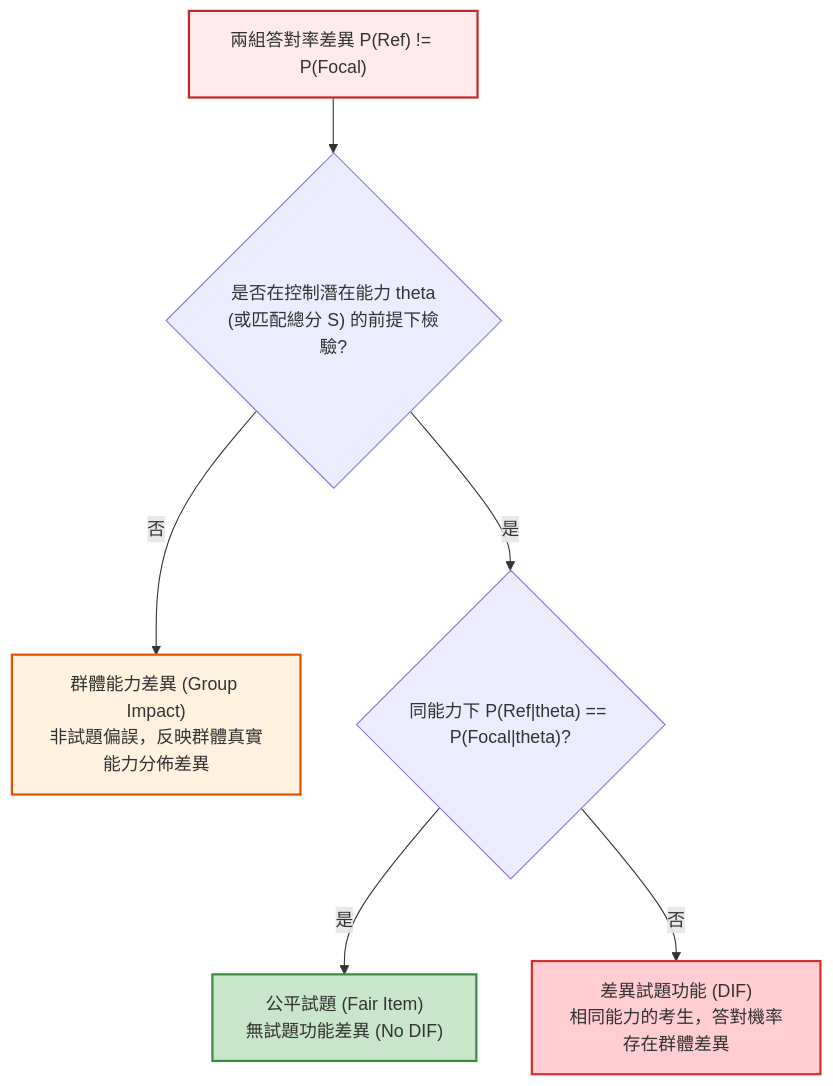
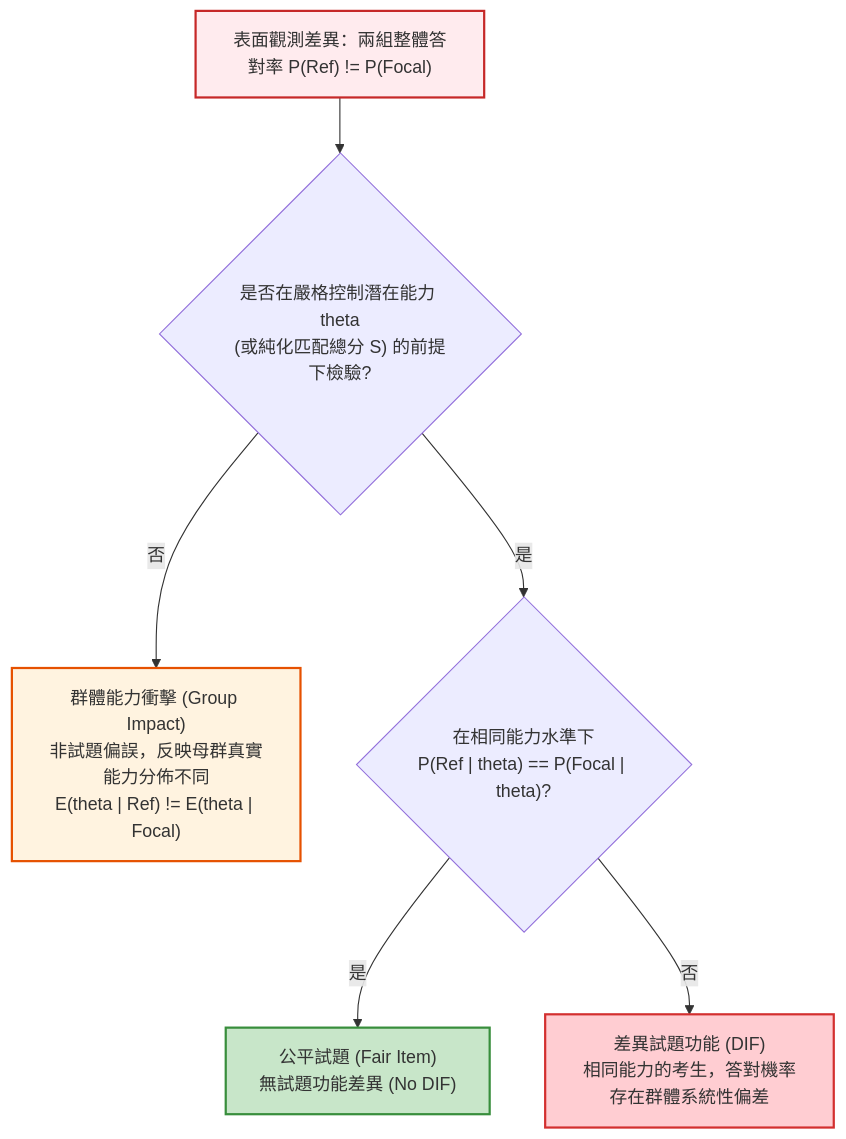
The diagram in book/Chapter_17_Differential_Item_Functioning_DIF.md (allen19970828/modern-r-psychometrics), drawn with Mermaid before and after one commit. The commit also changed other lines of this file and 36 other files, not shown here.

````diff
--- a/book/Chapter_17_Differential_Item_Functioning_DIF.md
+++ b/book/Chapter_17_Differential_Item_Functioning_DIF.md
@@ -13,15 +13,15 @@
 ```mermaid
 flowchart TD
-    ObsDiff["兩組答對率差異 P(Ref) != P(Focal)"]
-    Control{"是否在控制潛在能力 theta\n(或匹配總分 S) 的前提下檢驗?"}
-    ObsDiff --> Control
-    Control -- 否 --> Impact["群體能力差異 (Group Impact)\n非試題偏誤，反映群體真實能力分佈差異"]
-    Control -- 是 --> CheckSame{"同能力下 P(Ref|theta) == P(Focal|theta)?"}
-    CheckSame -- 是 --> Fair["公平試題 (Fair Item)\n無試題功能差異 (No DIF)"]
-    CheckSame -- 否 --> DIF["差異試題功能 (DIF)\n相同能力的考生，答對機率存在群體差異"]
+    ObsDiff["表面觀測差異：兩組整體答對率 P(Ref) != P(Focal)"]
+    Condition{"是否在嚴格控制潛在能力 theta\n(或純化匹配總分 S) 的前提下檢驗?"}
+    ObsDiff --> Condition
+    Condition -- 否 --> Impact["群體能力衝擊 (Group Impact)\n非試題偏誤，反映母群真實能力分佈不同\nE(theta | Ref) != E(theta | Focal)"]
+    Condition -- 是 --> Equivalence{"在相同能力水準下\nP(Ref | theta) == P(Focal | theta)?"}
+    Equivalence -- 是 --> Fair["公平試題 (Fair Item)\n無試題功能差異 (No DIF)"]
+    Equivalence -- 否 --> DIF["差異試題功能 (DIF)\n相同能力的考生，答對機率存在群體系統性偏差"]
 
     style ObsDiff fill:#ffebee,stroke:#c62828,stroke-width:2px
     style Impact fill:#fff3e0,stroke:#e65100,stroke-width:2px
     style Fair fill:#c8e6c9,stroke:#388e3c,stroke-width:2px
     style DIF fill:#ffcdd2,stroke:#d32f2f,stroke-width:2px
 ```
````
